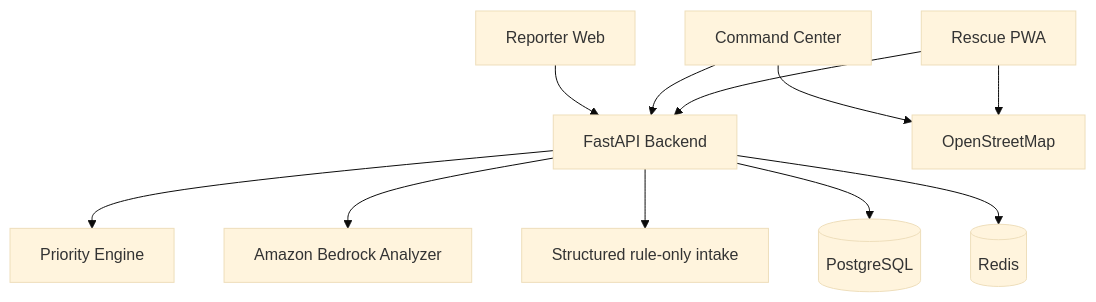
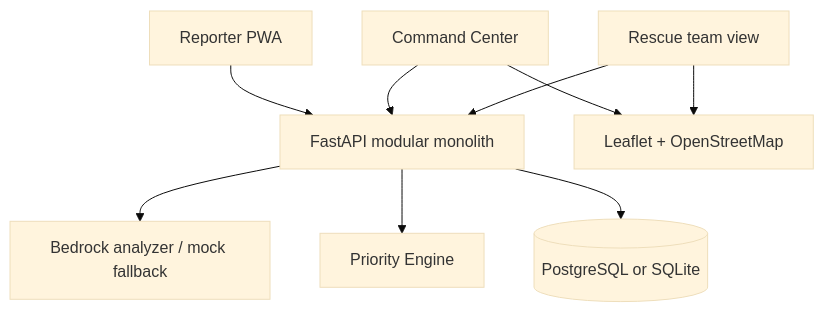
The second of 2 diagrams in README.md (nvtank/SOS_flow), drawn with Mermaid (base theme) before and after one commit. The commit also changed other lines of this file, not shown here.

````diff
--- a/README.md
+++ b/README.md
@@ -74,27 +172,20 @@
 ```mermaid
 flowchart TB
-    Reporter[Reporter Web]
+    Reporter[Reporter PWA]
     Command[Command Center]
-    Rescue[Rescue PWA]
-
-    API[FastAPI Backend]
+    Rescue[Rescue team view]
+    API[FastAPI modular monolith]
+    AI[Bedrock analyzer / mock fallback]
     Priority[Priority Engine]
-    AI[Amazon Bedrock Analyzer]
-    Rules[Structured rule-only intake]
-    DB[(PostgreSQL)]
-    Cache[(Redis)]
-    Map[OpenStreetMap]
+    DB[(PostgreSQL or SQLite)]
+    Map[Leaflet + OpenStreetMap]
 
     Reporter --> API
     Command --> API
     Rescue --> API
-
+    API --> AI
     API --> Priority
-    API --> AI
-    API --> Rules
     API --> DB
-    API --> Cache
-
     Command --> Map
     Rescue --> Map
 ```
````
